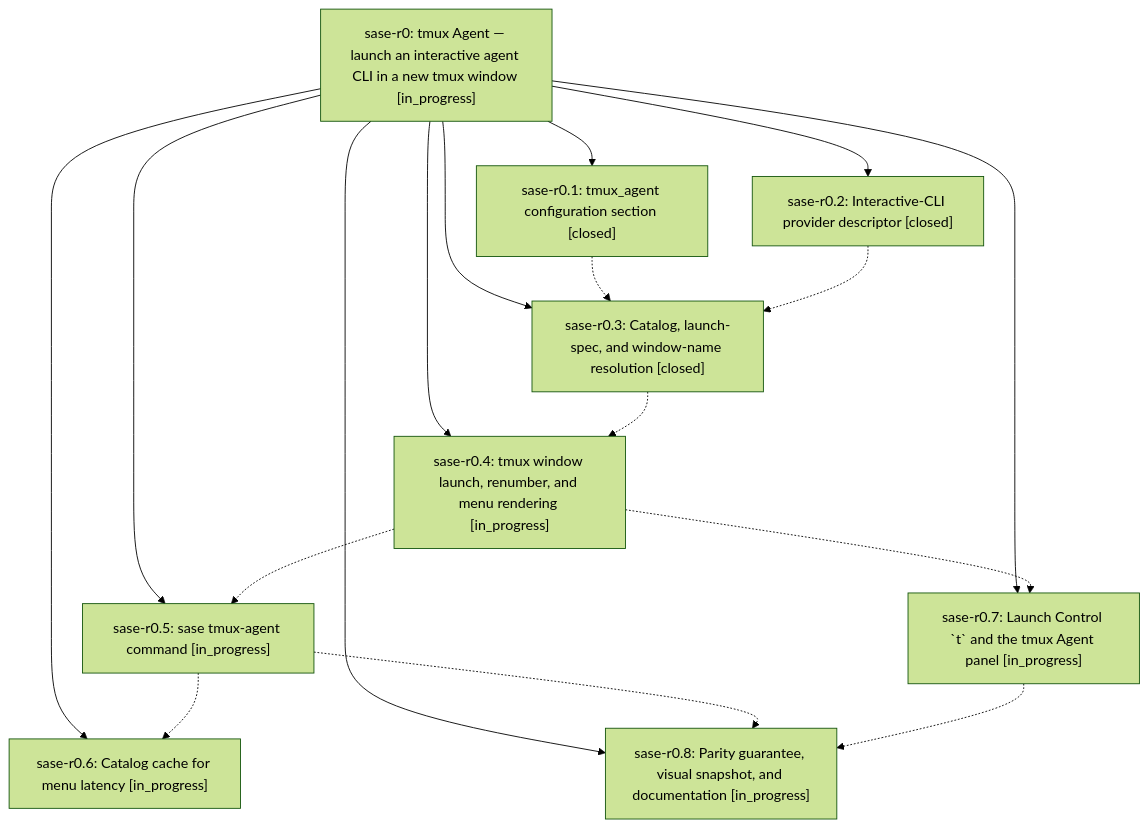
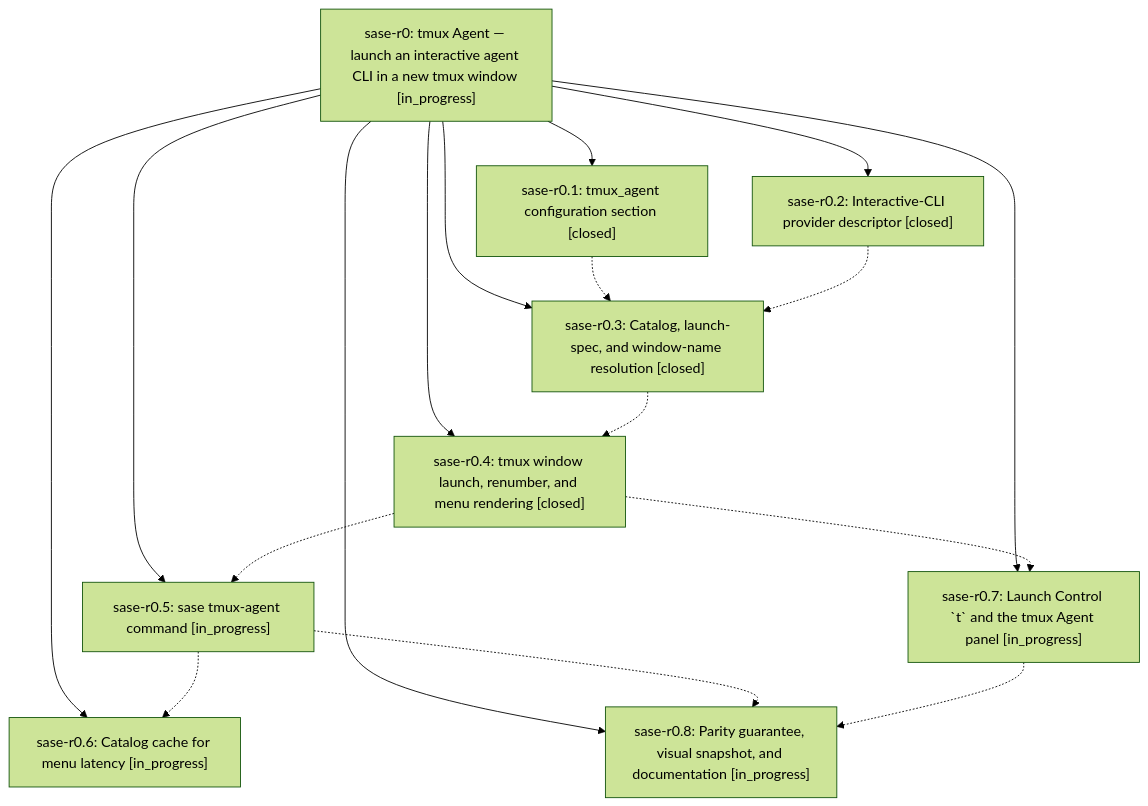
The diagram in pages/sase-r0/README.md (sase-org/sase--beads), drawn with Mermaid (forest theme) before and after one commit. The commit also changed other lines of this file and 4 other files, not shown here.

````diff
--- a/pages/sase-r0/README.md
+++ b/pages/sase-r0/README.md
@@ -29,28 +29,28 @@
 ```mermaid
 flowchart TD
     n0["sase-r0: tmux Agent — launch an interactive agent CLI in a new tmux window [in_progress]"]
     n1["sase-r0.1: tmux_agent configuration section [closed]"]
     n2["sase-r0.2: Interactive-CLI provider descriptor [closed]"]
     n3["sase-r0.3: Catalog, launch-spec, and window-name resolution [closed]"]
-    n4["sase-r0.4: tmux window launch, renumber, and menu rendering [in_progress]"]
+    n4["sase-r0.4: tmux window launch, renumber, and menu rendering [closed]"]
     n5["sase-r0.5: sase tmux-agent command [in_progress]"]
     n6["sase-r0.6: Catalog cache for menu latency [in_progress]"]
     n7["sase-r0.7: Launch Control `t` and the tmux Agent panel [in_progress]"]
     n8["sase-r0.8: Parity guarantee, visual snapshot, and documentation [in_progress]"]
     n0 --> n1
     n0 --> n2
     n0 --> n3
     n0 --> n4
     n0 --> n5
     n0 --> n6
     n0 --> n7
     n0 --> n8
     n1 -.-> n3
     n2 -.-> n3
     n3 -.-> n4
     n4 -.-> n5
     n4 -.-> n7
     n5 -.-> n6
     n5 -.-> n8
     n7 -.-> n8
 ```
````
